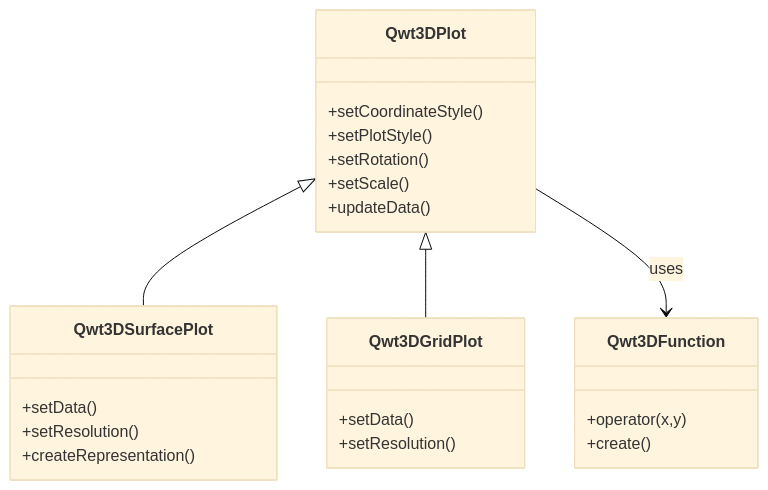
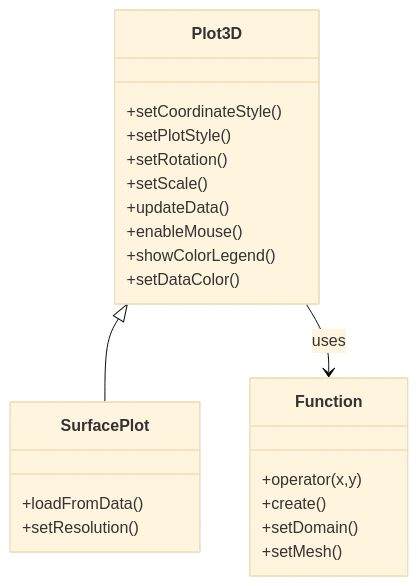
The diagram in docs/en/use-guide/3d-plot.md (space-ast/QWT), drawn with Mermaid (base theme) before and after one commit. The commit also changed other lines of this file and 10 other files, not shown here.

````diff
--- a/docs/en/use-guide/3d-plot.md
+++ b/docs/en/use-guide/3d-plot.md
@@ -17,30 +17,28 @@
 ```mermaid
 classDiagram
-    class Qwt3DPlot {
+    class Plot3D {
         +setCoordinateStyle()
         +setPlotStyle()
         +setRotation()
         +setScale()
         +updateData()
+        +enableMouse()
+        +showColorLegend()
+        +setDataColor()
     }
 
-    class Qwt3DSurfacePlot {
-        +setData()
-        +setResolution()
-        +createRepresentation()
-    }
-
-    class Qwt3DGridPlot {
-        +setData()
+    class SurfacePlot {
+        +loadFromData()
         +setResolution()
     }
 
-    class Qwt3DFunction {
+    class Function {
         +operator(x,y)
         +create()
+        +setDomain()
+        +setMesh()
     }
 
-    Qwt3DPlot <|-- Qwt3DSurfacePlot
-    Qwt3DPlot <|-- Qwt3DGridPlot
-    Qwt3DPlot --> Qwt3DFunction : uses
+    Plot3D <|-- SurfacePlot
+    Plot3D --> Function : uses
 ```
````
